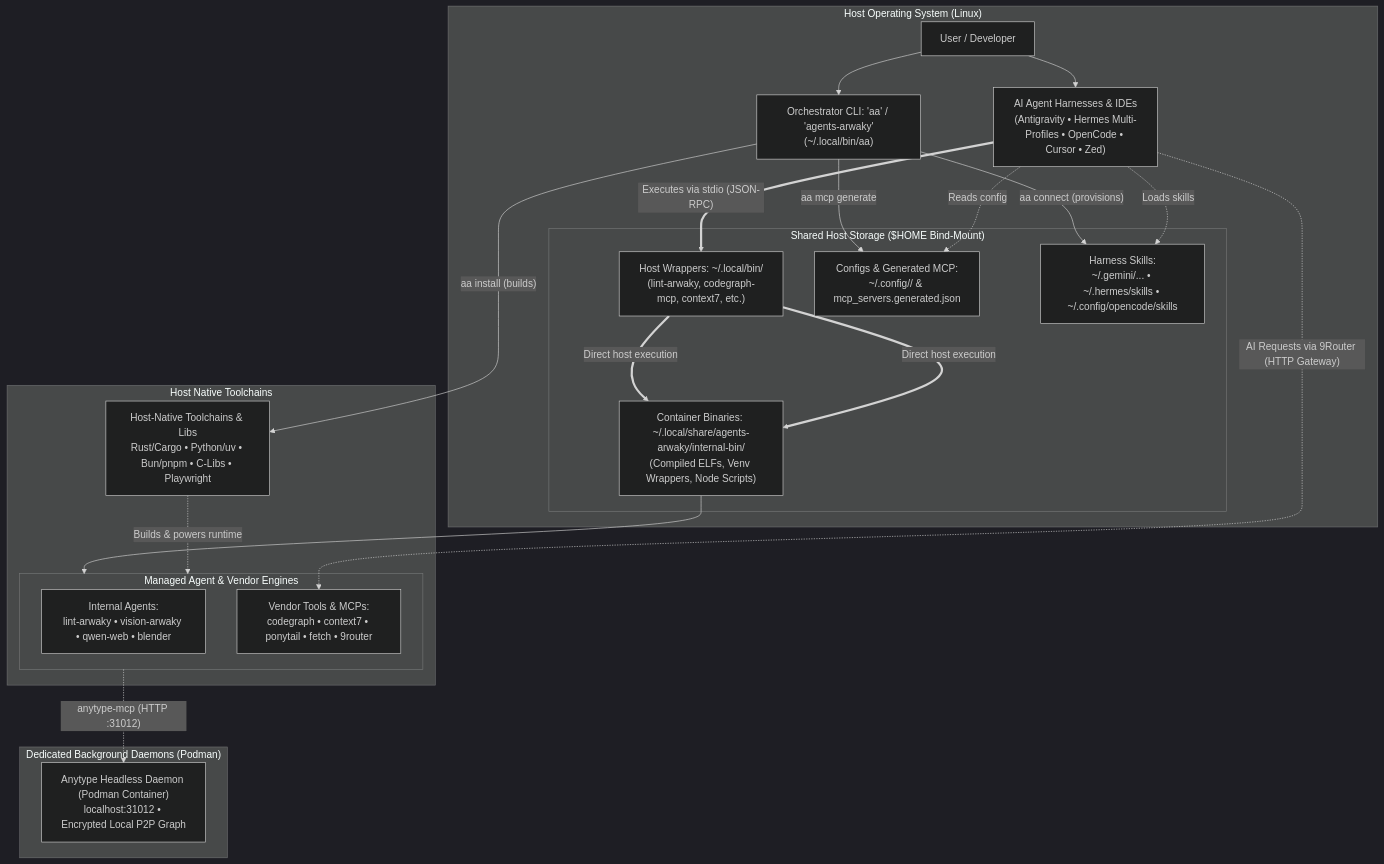
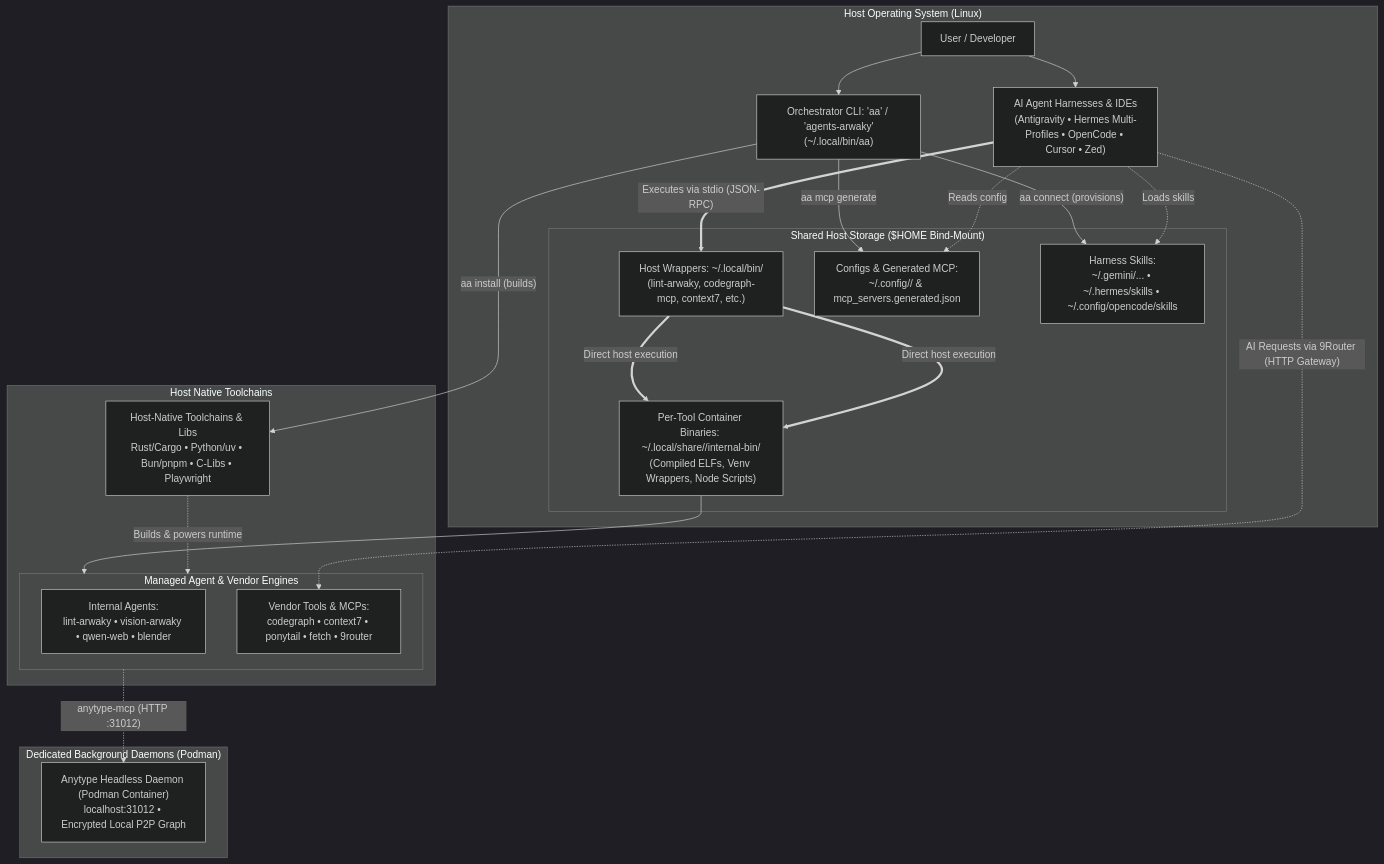
One commit to rakaarwaky/agents-arwaky changed the diagram in README.md. Above: the diagram before and after it, drawn with Mermaid (dark theme). The commit also changed 11 other files, not shown here.

First line of the commit message:
refactor(tools): migrate to per-tool XDG data directories

````diff
--- a/README.md
+++ b/README.md
@@ -46,52 +46,52 @@
 ```mermaid
 flowchart TB
     subgraph HostOS["Host Operating System (Linux)"]
         User["User / Developer"]
         Harnesses["AI Agent Harnesses & IDEs\n(Antigravity • Hermes Multi-Profiles • OpenCode • Cursor • Zed)"]
         CLI["Orchestrator CLI: 'aa' / 'agents-arwaky'\n(~/.local/bin/aa)"]
       
         subgraph XDGShared["Shared Host Storage ($HOME Bind-Mount)"]
             Launchers["Host Wrappers: ~/.local/bin/\n(lint-arwaky, codegraph-mcp, context7, etc.)"]
-            InternalBin["Container Binaries: ~/.local/share/agents-arwaky/internal-bin/\n(Compiled ELFs, Venv Wrappers, Node Scripts)"]
+            InternalBin["Per-Tool Container Binaries: ~/.local/share/<tool>/internal-bin/\n(Compiled ELFs, Venv Wrappers, Node Scripts)"]
             XDGConfigs["Configs & Generated MCP:\n~/.config/<tool>/ & mcp_servers.generated.json"]
             XDGSkills["Harness Skills:\n~/.gemini/... • ~/.hermes/skills • ~/.config/opencode/skills"]
         end
     end
 
     subgraph HostToolchain["Host Native Toolchains"]
         IsolatedRuntimes["Host-Native Toolchains & Libs\nRust/Cargo • Python/uv • Bun/pnpm • C-Libs • Playwright"]
 
         subgraph AgentsAndTools["Managed Agent & Vendor Engines"]
             InternalAgents["Internal Agents:\nlint-arwaky • vision-arwaky • qwen-web • blender"]
             VendorTools["Vendor Tools & MCPs:\ncodegraph • context7 • ponytail • fetch • 9router"]
         end
     end
 
     subgraph SidecarServices["Dedicated Background Daemons (Podman)"]
         AnytypeDaemon["Anytype Headless Daemon (Podman Container)\nlocalhost:31012 • Encrypted Local P2P Graph"]
     end
 
     %% User & CLI interactions
     User --> CLI
     User --> Harnesses
     CLI -- "aa connect (provisions)" --> XDGSkills
     CLI -- "aa mcp generate" --> XDGConfigs
     CLI -- "aa install (builds)" --> IsolatedRuntimes
 
     %% Host-native execution
     Launchers == "Direct host execution" ==> InternalBin
 
     %% Harness interactions
     Harnesses -. "Reads config" .-> XDGConfigs
     Harnesses -. "Loads skills" .-> XDGSkills
     Harnesses == "Executes via stdio (JSON-RPC)" ==> Launchers
 
     %% Host-native execution
     Launchers == "Direct host execution" ==> InternalBin
     InternalBin --> AgentsAndTools
     IsolatedRuntimes -. "Builds & powers runtime" .-> AgentsAndTools
 
     %% Daemons & Services
     AgentsAndTools -. "anytype-mcp (HTTP :31012)" .-> AnytypeDaemon
     Harnesses -. "AI Requests via 9Router (HTTP Gateway)" .-> VendorTools
 ```
````
